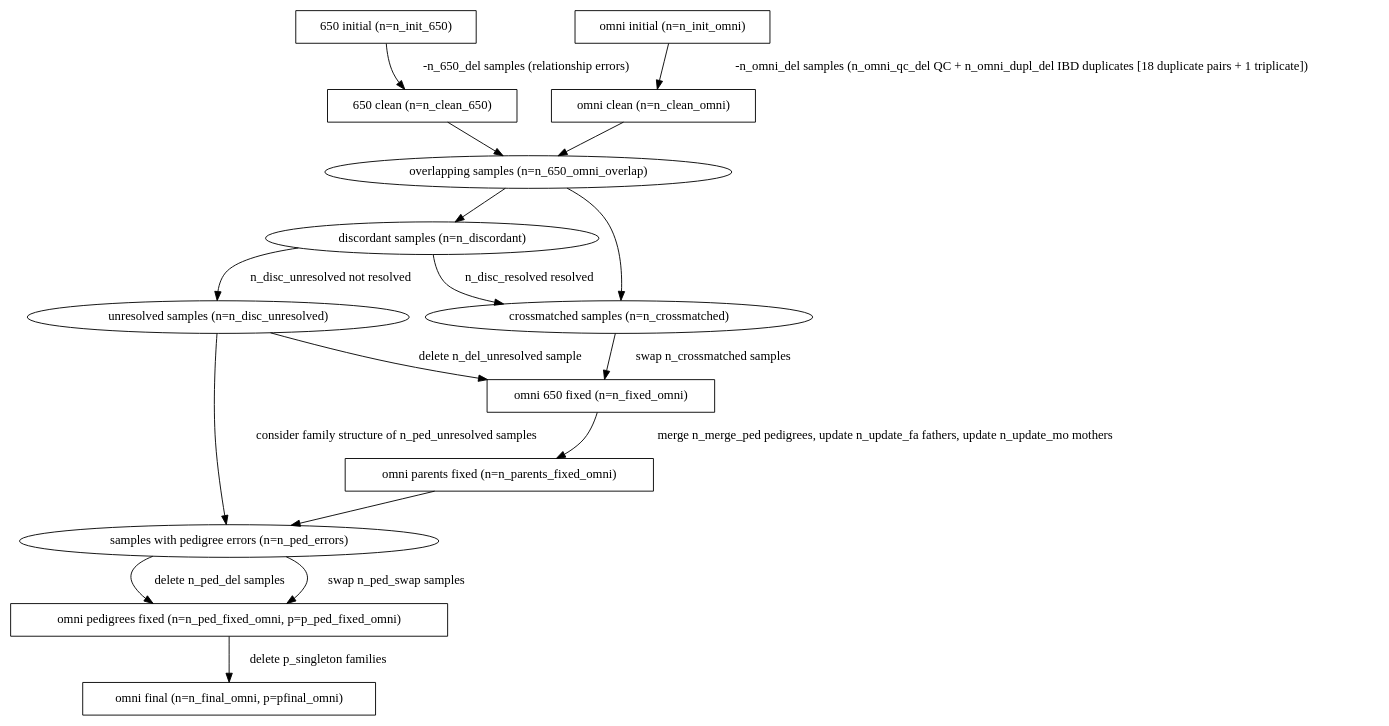
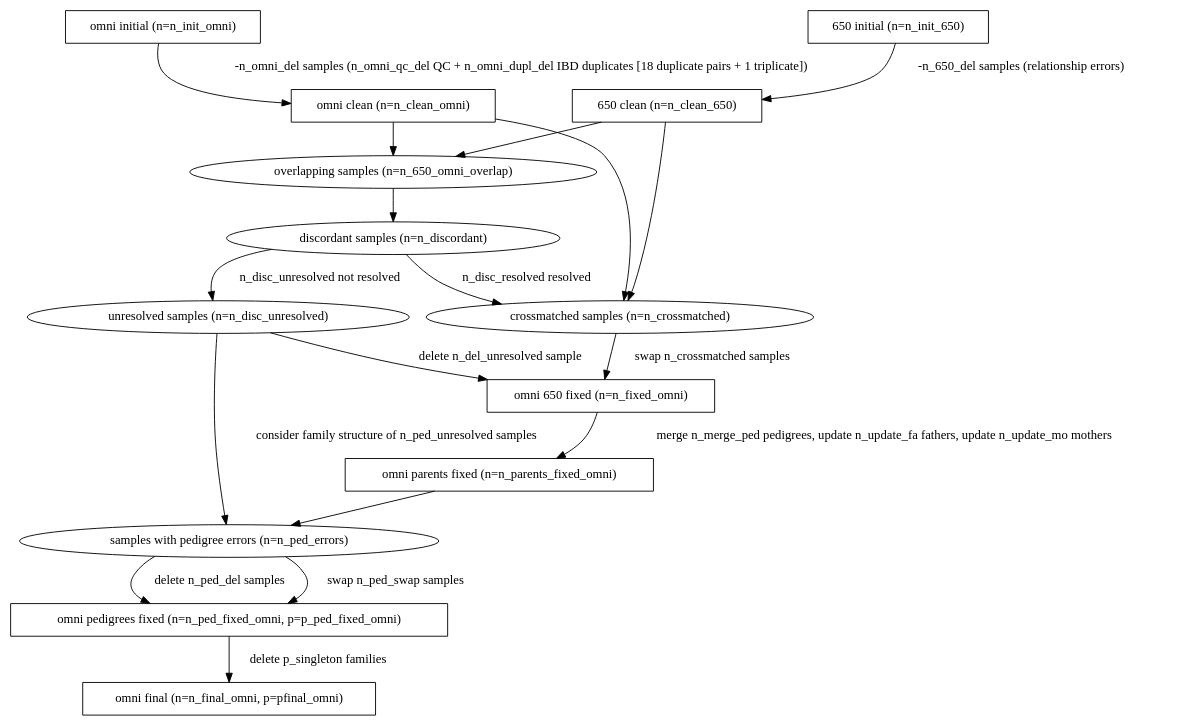
The diagram in doc/flow.dot (TOPMed-BAGS/sample_identity), drawn with Graphviz before and after one commit.

Commit message:
Fixed flow for crossmatched samples

```diff
--- a/doc/flow.dot
+++ b/doc/flow.dot
@@ -1,34 +1,35 @@
 #!dot
 digraph {
     INIT_SIX       [label="650 initial (n=n_init_650)", shape=box]
     INIT_OMNI      [label="omni initial (n=n_init_omni)", shape=box]
     CLEAN_SIX      [label="650 clean (n=n_clean_650)", shape=box]
     CLEAN_OMNI     [label="omni clean (n=n_clean_omni)", shape=box]
     OVERLAP        [label="overlapping samples (n=n_650_omni_overlap)"]
     DISCORDANT     [label="discordant samples (n=n_discordant)"]
     CROSSMATCH     [label="crossmatched samples (n=n_crossmatched)"]
     UNRESOLVED     [label="unresolved samples (n=n_disc_unresolved)"]
     FIXED_OMNI     [label="omni 650 fixed (n=n_fixed_omni)", shape=box]
     PAR_FIXED_OMNI [label="omni parents fixed (n=n_parents_fixed_omni)", shape=box]
     PED_ERRORS [label="samples with pedigree errors (n=n_ped_errors)"]
     PED_FIXED_OMNI [label="omni pedigrees fixed (n=n_ped_fixed_omni, p=p_ped_fixed_omni)", shape=box]
     FINAL_OMNI     [label="omni final (n=n_final_omni, p=pfinal_omni)", shape=box]
 
     INIT_SIX       -> CLEAN_SIX [label=" -n_650_del samples (relationship errors)"];
     INIT_OMNI      -> CLEAN_OMNI [label=" -n_omni_del samples (n_omni_qc_del QC + n_omni_dupl_del IBD duplicates [18 duplicate pairs + 1 triplicate])"];
     CLEAN_SIX      -> OVERLAP;
     CLEAN_OMNI     -> OVERLAP;
     OVERLAP        -> DISCORDANT;
-    OVERLAP        -> CROSSMATCH;
+    CLEAN_OMNI     -> CROSSMATCH;
+    CLEAN_SIX      -> CROSSMATCH;
     DISCORDANT     -> CROSSMATCH [label=" n_disc_resolved resolved"];
     DISCORDANT     -> UNRESOLVED [label=" n_disc_unresolved not resolved"];
     CROSSMATCH     -> FIXED_OMNI [label=" swap n_crossmatched samples"];
     UNRESOLVED     -> PED_ERRORS [label=" consider family structure of n_ped_unresolved samples"];
     UNRESOLVED     -> FIXED_OMNI [label=" delete n_del_unresolved sample"];
     FIXED_OMNI     -> PAR_FIXED_OMNI [label=" merge n_merge_ped pedigrees, update n_update_fa fathers, update n_update_mo mothers"];
     PAR_FIXED_OMNI -> PED_ERRORS;
     PED_ERRORS     -> PED_FIXED_OMNI [label=" delete n_ped_del samples"];
     PED_ERRORS     -> PED_FIXED_OMNI [label=" swap n_ped_swap samples"];
     PED_FIXED_OMNI -> FINAL_OMNI [label=" delete p_singleton families"];
 
 }
```
